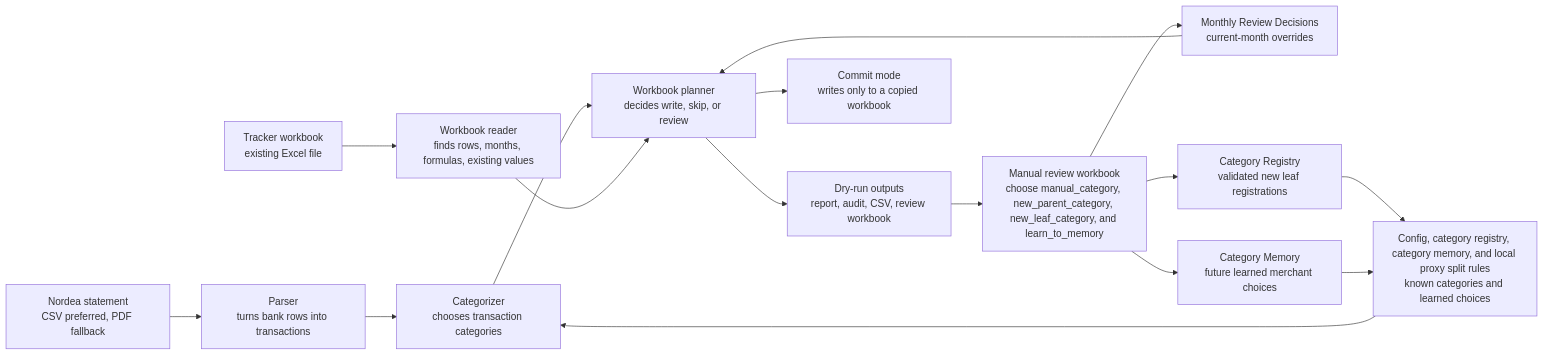
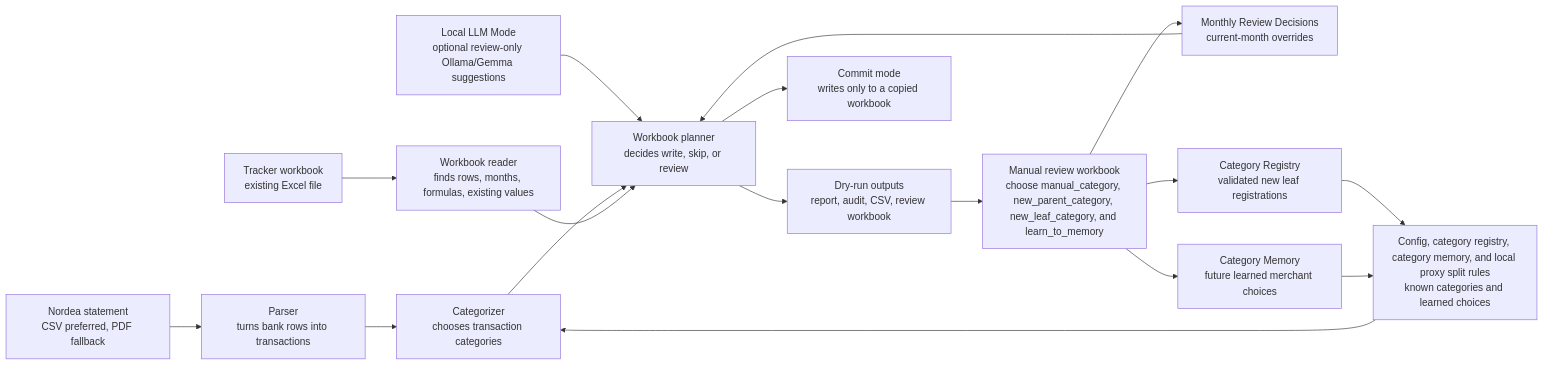
Before and after one commit to EricleungDK/personalwealthtracker: the second of 5 diagrams in docs/project_overview.md, drawn with Mermaid. The commit also changed other lines of this file and 17 other files, not shown here.

Commit message:
feat: add local llm review suggestions

````diff
--- a/docs/project_overview.md
+++ b/docs/project_overview.md
@@ -39,20 +39,21 @@
 ```mermaid
 flowchart LR
   Statement["Nordea statement<br/>CSV preferred, PDF fallback"] --> Parser["Parser<br/>turns bank rows into transactions"]
   Tracker["Tracker workbook<br/>existing Excel file"] --> WorkbookRead["Workbook reader<br/>finds rows, months, formulas, existing values"]
   Rules["Config, category registry, category memory, and local proxy split rules<br/>known categories and learned choices"] --> Categorizer["Categorizer<br/>chooses transaction categories"]
+  LocalLLM["Local LLM Mode<br/>optional review-only Ollama/Gemma suggestions"] --> Planner
 
   Parser --> Categorizer
   Categorizer --> Planner["Workbook planner<br/>decides write, skip, or review"]
   WorkbookRead --> Planner
 
   Planner --> DryRun["Dry-run outputs<br/>report, audit, CSV, review workbook"]
   DryRun --> Review["Manual review workbook<br/>choose manual_category, new_parent_category, new_leaf_category, and learn_to_memory"]
   Review --> Decisions["Monthly Review Decisions<br/>current-month overrides"]
   Review --> Registry["Category Registry<br/>validated new leaf registrations"]
   Review --> Memory["Category Memory<br/>future learned merchant choices"]
   Registry --> Rules
   Decisions --> Planner
   Memory --> Rules
   Planner --> Commit["Commit mode<br/>writes only to a copied workbook"]
 ```
````
